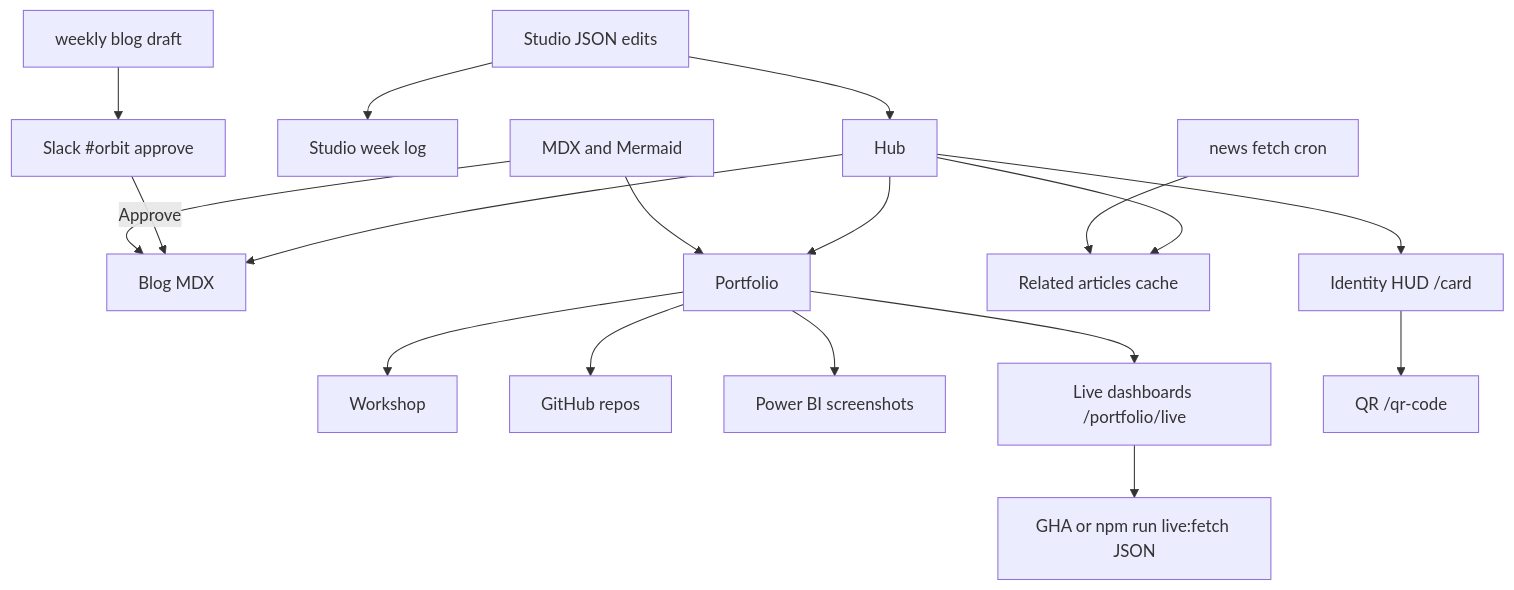
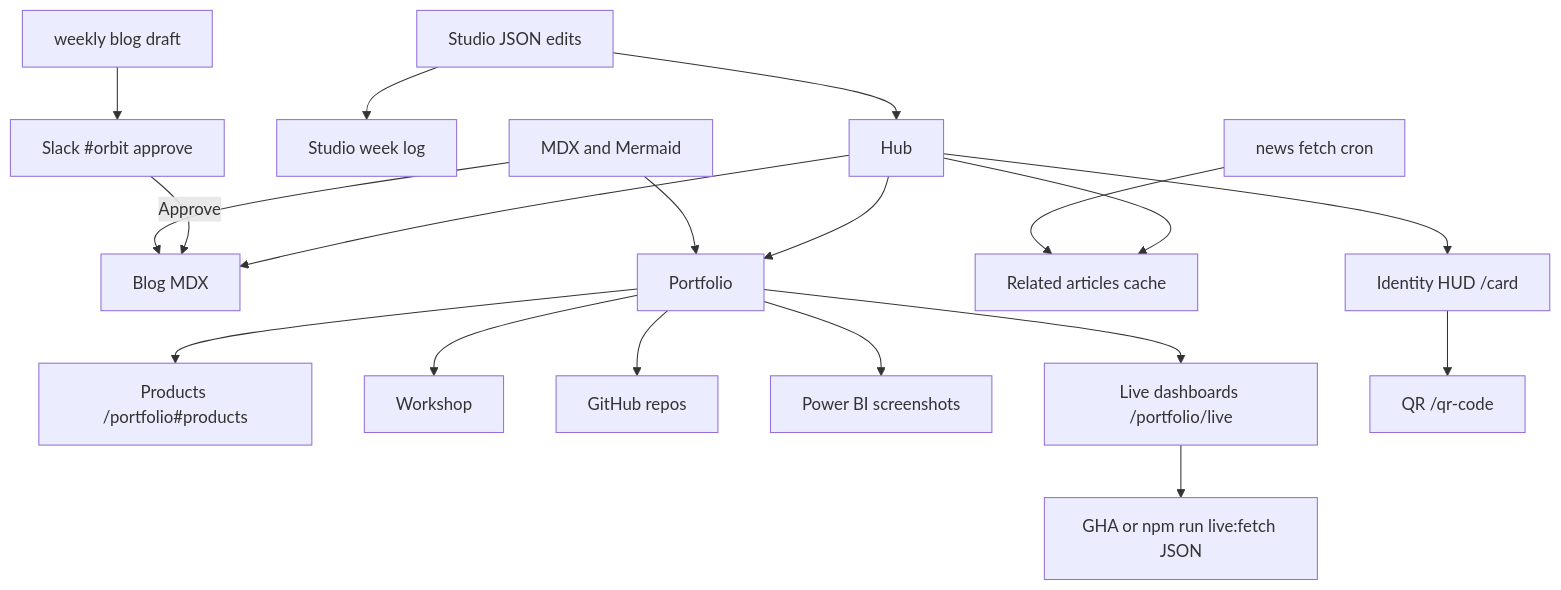
Before and after one commit to AlexTouvras/Orbit: the diagram in docs/architecture/system-overview.md, drawn with Mermaid. The commit also changed 16 other files, not shown here.

First line of the commit message:
Add a Portfolio products chapter and list Delivery Signal.

````diff
--- a/docs/architecture/system-overview.md
+++ b/docs/architecture/system-overview.md
@@ -3,20 +3,21 @@
 ```mermaid
 flowchart TB
   Hub[Hub] --> Blog[Blog MDX]
   Hub --> Portfolio[Portfolio]
+  Portfolio --> Products[Products /portfolio#products]
   Portfolio --> Workshop[Workshop]
   Portfolio --> Github[GitHub repos]
   Portfolio --> PowerBI[Power BI screenshots]
   Portfolio --> Live[Live dashboards /portfolio/live]
   Live --> Snapshots[GHA or npm run live:fetch JSON]
   Hub --> Feed[Related articles cache]
   Hub --> Card[Identity HUD /card]
   Card --> QrPage[QR /qr-code]
   Studio[Studio JSON edits] --> Hub
   Studio --> WeekLog[Studio week log]
   Cron[news fetch cron] --> Feed
   Weekly[weekly blog draft] --> Slack[Slack #orbit approve]
   Slack -->|Approve| Blog
   MDX[MDX and Mermaid] --> Blog
   MDX --> Portfolio
 ```
````
